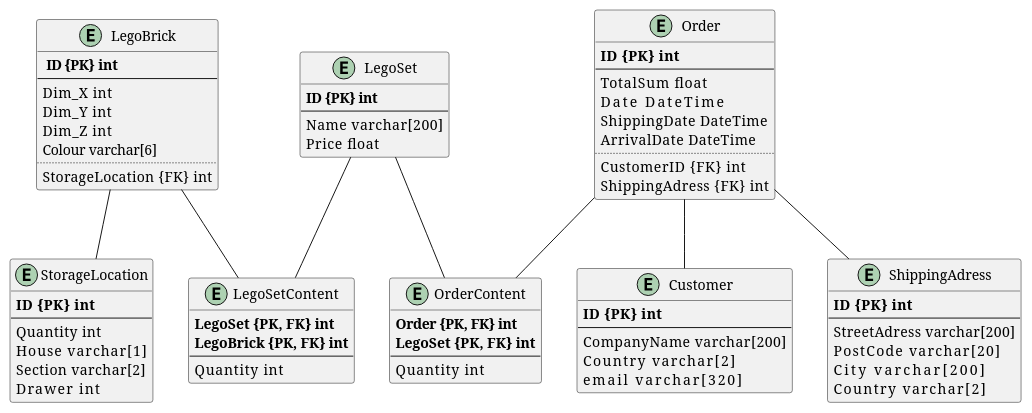
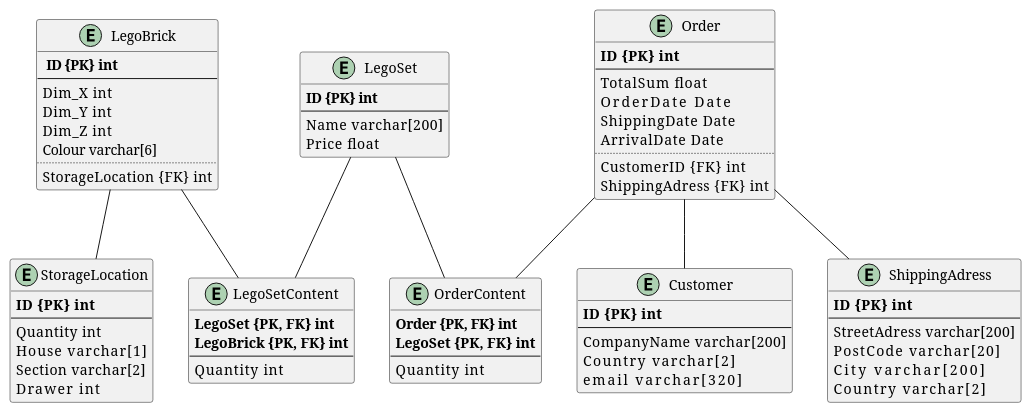
Before and after one commit to s02blom/LegoWebStore: the diagram in figures/Schema.plantuml, drawn with PlantUML. The commit also changed 1 other file, not shown here.

Commit message:
Change from DateTime to Date and Changed name to OrderDate from Date

```diff
--- a/figures/Schema.plantuml
+++ b/figures/Schema.plantuml
@@ -1,85 +1,85 @@
 @startuml Schema
 
 entity LegoBrick{
     ** ID {PK}** **int**
     --
     Dim_X   int
     Dim_Y   int
     Dim_Z   int
     Colour varchar[6]
     ..
     StorageLocation {FK}    int
 }
 
 entity StorageLocation{
     **ID {PK}   int**
     --
     Quantity   int
     House      varchar[1]
     Section    varchar[2]
     Drawer     int
 }
 
 entity LegoSet{
     **ID {PK} int**
     --
     Name    varchar[200]
     Price   float
 }
 
 entity Order{
     **ID {PK}   int**
     --
     TotalSum    float
-    Date        DateTime
-    ShippingDate    DateTime
-    ArrivalDate     DateTime
+    OrderDate        Date
+    ShippingDate    Date
+    ArrivalDate     Date
     ..
     CustomerID  {FK}    int
     ShippingAdress {FK}     int
 }
 
 entity Customer{
     **ID {PK}   int**
     --
     CompanyName     varchar[200]
     Country         varchar[2]
     email           varchar[320]
 }
 
 
 entity LegoSetContent{
     **LegoSet  {PK, FK} int**
     **LegoBrick {PK, FK}  int**
     --
     Quantity    int 
 }
 
 entity ShippingAdress{
     **ID {PK}   int**
     --
     StreetAdress    varchar[200]
     PostCode        varchar[20]
     City            varchar[200]
     Country         varchar[2]
 }
 
 entity OrderContent{
     **Order {PK, FK} int**
     **LegoSet {PK, FK}  int**
     --
     Quantity    int
 }
 
 
 LegoBrick -- StorageLocation
 LegoBrick -- LegoSetContent
 
 LegoSet -- LegoSetContent
 LegoSet -- OrderContent
 
 Order -- OrderContent
 Order -- Customer
 Order -- ShippingAdress
 
 @enduml
```
